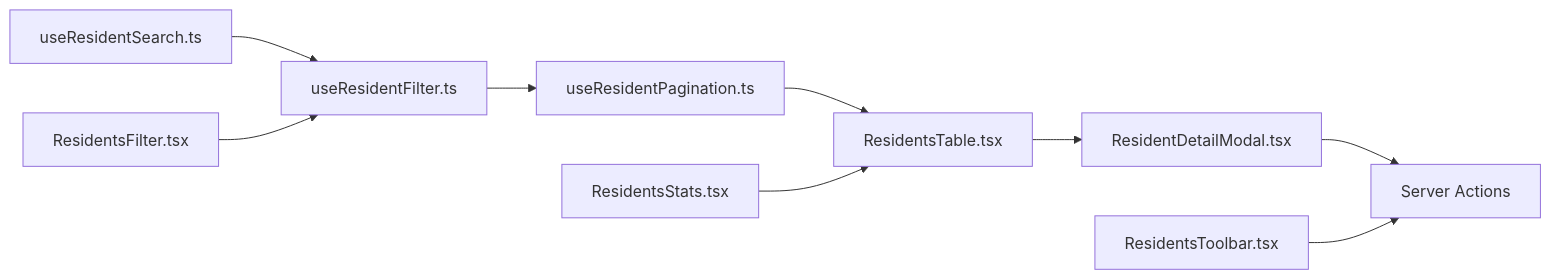
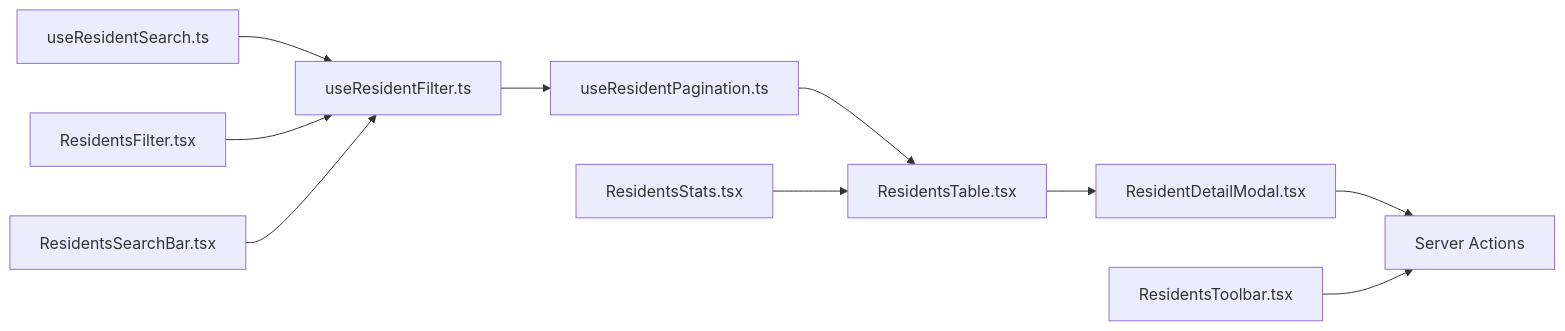
Before and after one commit to bazs69/ApsAsrama: the sixth of 6 diagrams in .qoder/repowiki/en/content/UI Components & Dashboard/Data Display Components.md, drawn with Mermaid. The commit also changed other lines of this file and 34 other files, not shown here.

````diff
--- a/.qoder/repowiki/en/content/UI Components & Dashboard/Data Display Components.md
+++ b/.qoder/repowiki/en/content/UI Components & Dashboard/Data Display Components.md
@@ -315,11 +364,12 @@
 ```mermaid
 graph LR
 US["useResidentSearch.ts"] --> UF["useResidentFilter.ts"]
 UF --> UP["useResidentPagination.ts"]
 UP --> RT["ResidentsTable.tsx"]
 RT --> RDM["ResidentDetailModal.tsx"]
 RDM --> AC["Server Actions"]
 RF["ResidentsFilter.tsx"] --> UF
 RS["ResidentsStats.tsx"] --> RT
 RTB["ResidentsToolbar.tsx"] --> AC
+RSB["ResidentsSearchBar.tsx"] --> UF
 ```
````
